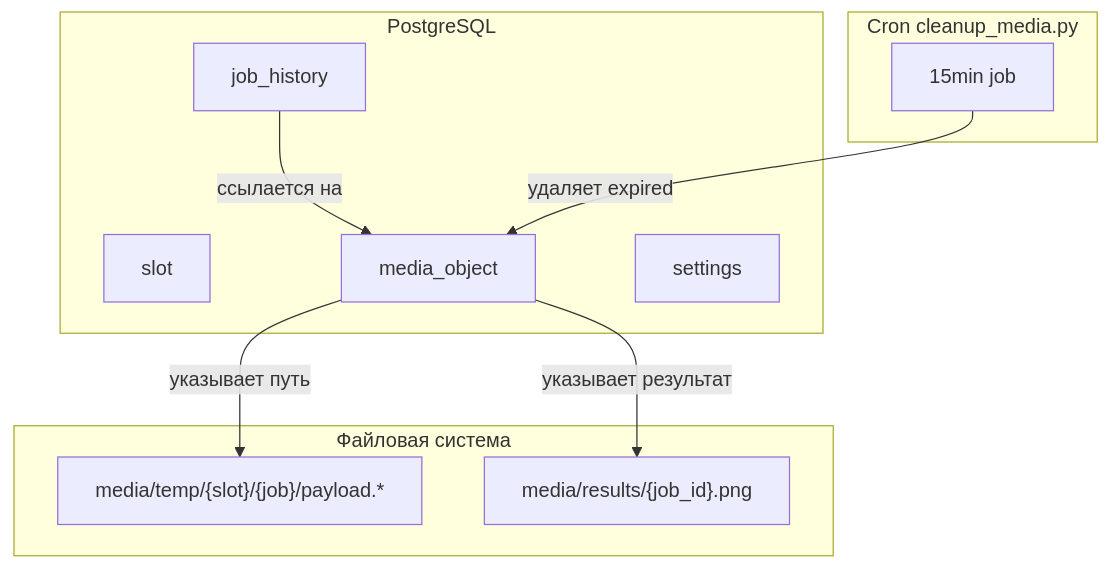
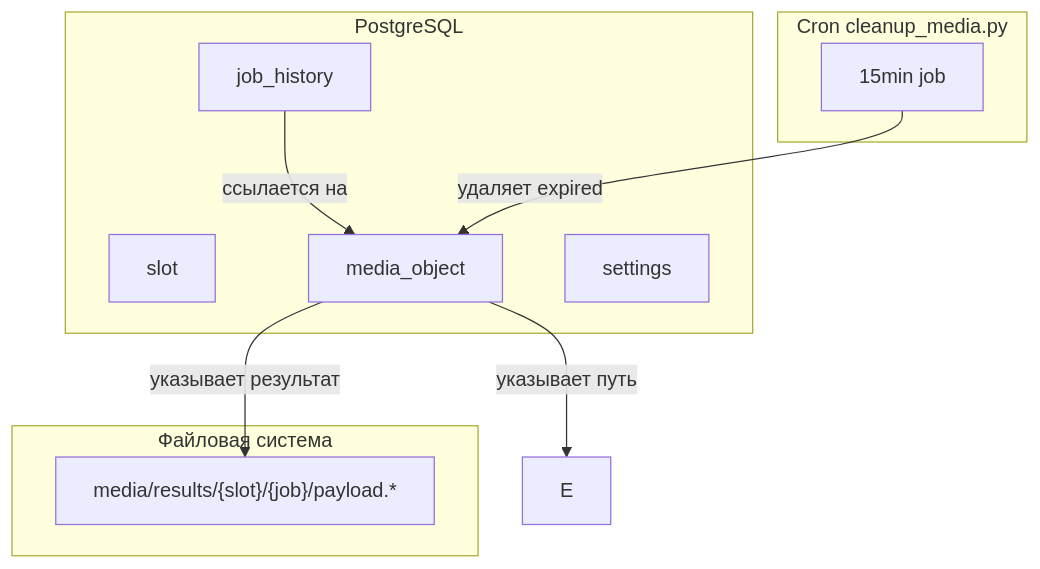
Before and after one commit to nicelight/PhotoChanger_25: the fourth of 6 diagrams in docs/ARCHITECTURE.md, drawn with Mermaid. The commit also changed other lines of this file and 60 other files, not shown here.

````diff
--- a/docs/ARCHITECTURE.md
+++ b/docs/ARCHITECTURE.md
@@ -79,22 +79,21 @@
 ```mermaid
 graph TD
     subgraph DB["PostgreSQL"]
         A["slot"]
         B["job_history"]
         C["media_object"]
         D["settings"]
     end
 
     subgraph FS["Файловая система"]
-        E["media/temp/{slot}/{job}/payload.*"]
-        F["media/results/{job_id}.png"]
+        F["media/results/{slot}/{job}/payload.*"]
     end
 
     B -->|ссылается на| C
     C -->|указывает путь| E
     C -->|указывает результат| F
     subgraph CRON["Cron cleanup_media.py"]
         X["15min job"] -->|удаляет expired| C
     end
 
 ```
````
